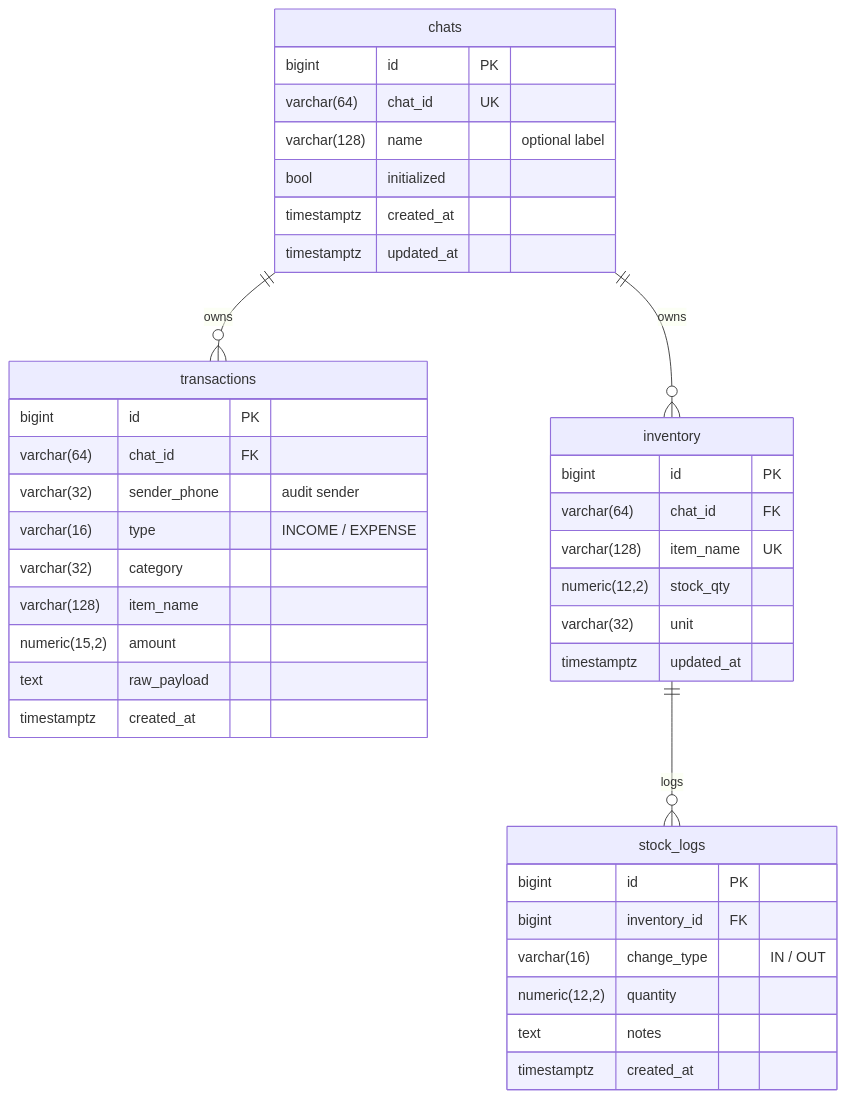
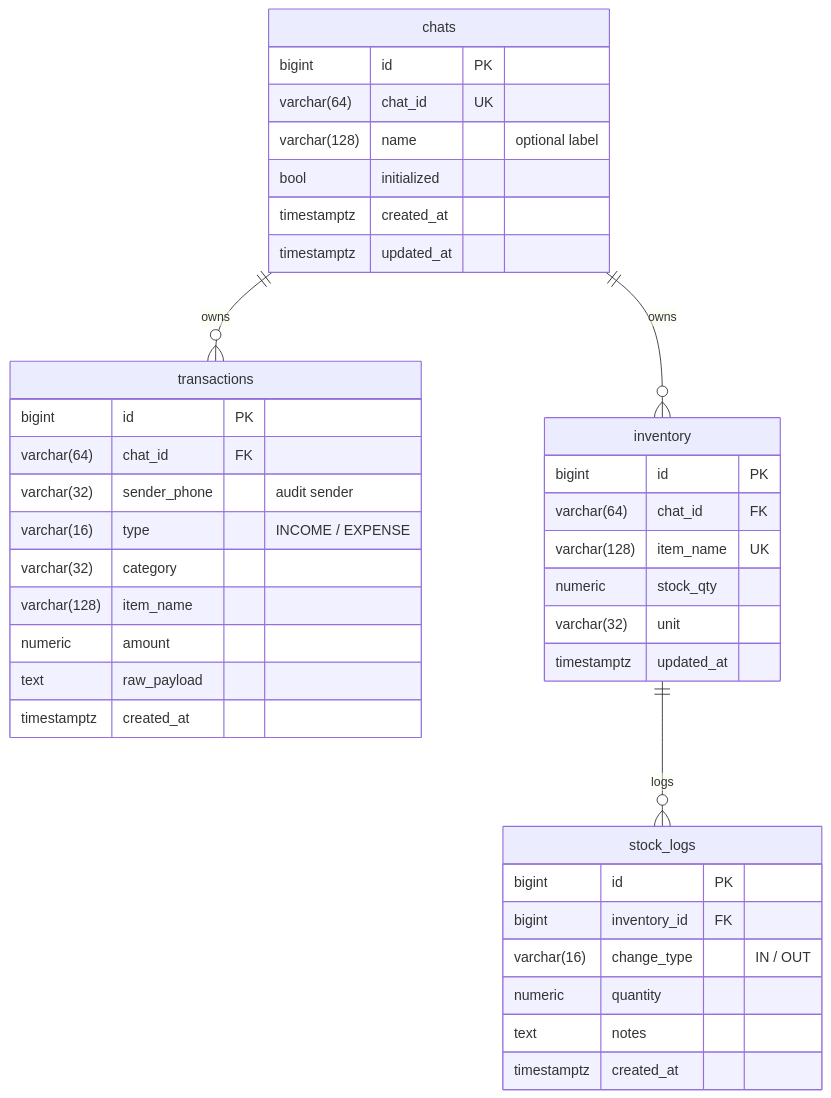
The fourth of 4 diagrams in README.md (skyapps-id/smart-ledger-agent), drawn with Mermaid before and after one commit. The commit also changed other lines of this file and 8 other files, not shown here.

````diff
--- a/README.md
+++ b/README.md
@@ -162,42 +150,42 @@
 ```mermaid
 erDiagram
     chats ||--o{ transactions : owns
     chats ||--o{ inventory : owns
     inventory ||--o{ stock_logs : logs
 
     chats {
         bigint id PK
         varchar(64) chat_id UK
         varchar(128) name "optional label"
         bool initialized
         timestamptz created_at
         timestamptz updated_at
     }
     transactions {
         bigint id PK
         varchar(64) chat_id FK
         varchar(32) sender_phone "audit sender"
         varchar(16) type "INCOME / EXPENSE"
         varchar(32) category
         varchar(128) item_name
-        numeric(15,2) amount
+        numeric amount
         text raw_payload
         timestamptz created_at
     }
     inventory {
         bigint id PK
         varchar(64) chat_id FK
         varchar(128) item_name UK
-        numeric(12,2) stock_qty
+        numeric stock_qty
         varchar(32) unit
         timestamptz updated_at
     }
     stock_logs {
         bigint id PK
         bigint inventory_id FK
         varchar(16) change_type "IN / OUT"
-        numeric(12,2) quantity
+        numeric quantity
         text notes
         timestamptz created_at
     }
 ```
````
